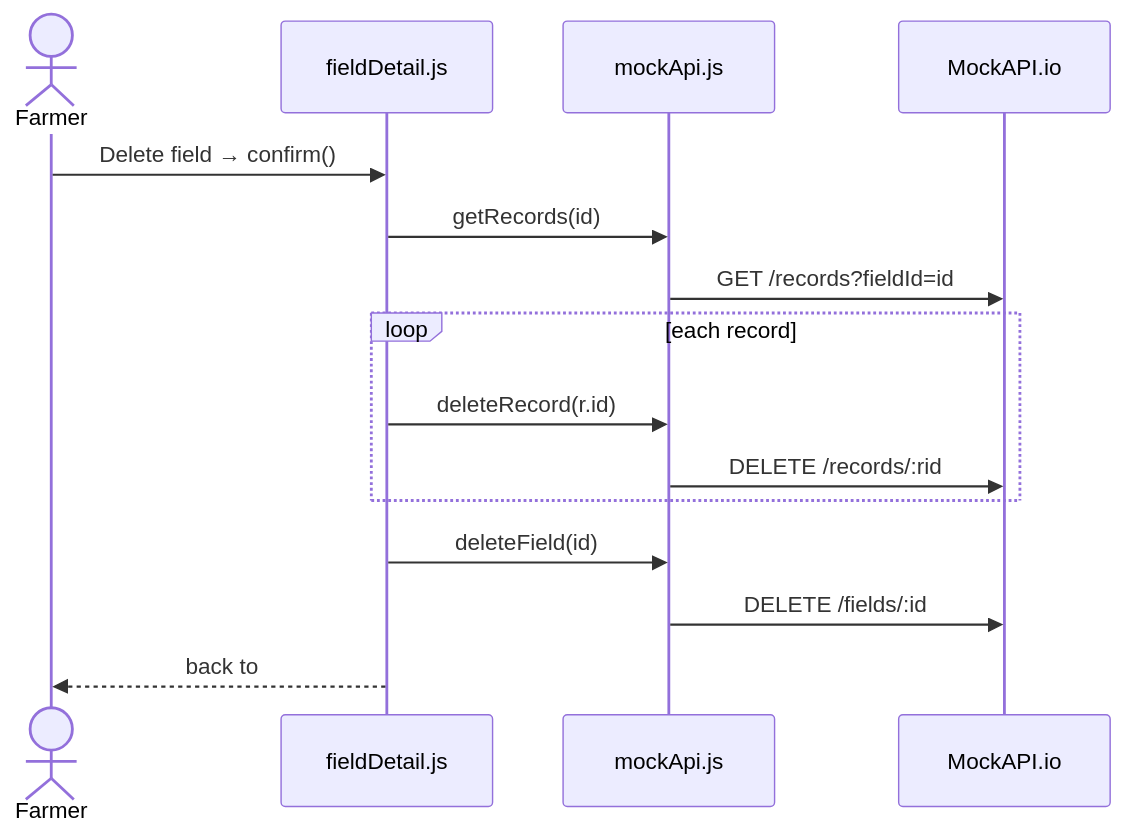
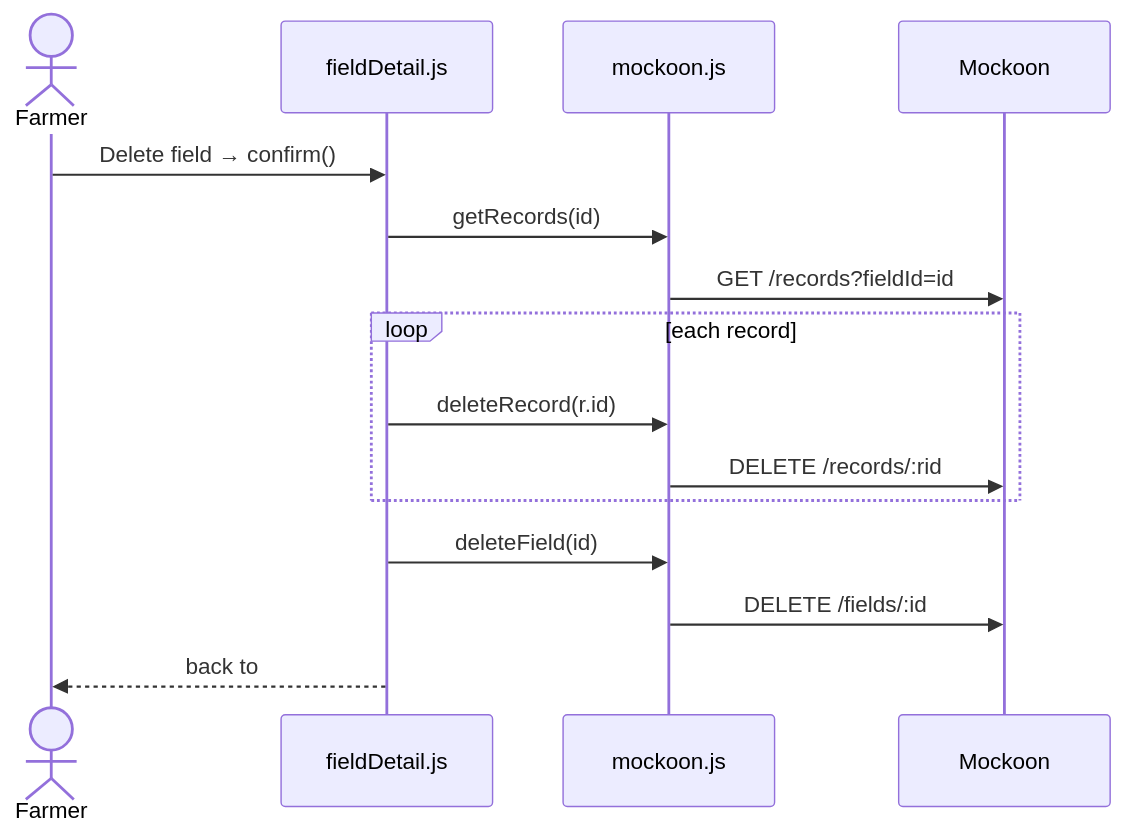
Diagram 11 of 13 in ARCHITECTURE.md (ViiUnknown/aquaplan), drawn with Mermaid before and after one commit. The commit also changed other lines of this file and 35 other files, not shown here.

````diff
--- a/ARCHITECTURE.md
+++ b/ARCHITECTURE.md
@@ -409,17 +417,17 @@
 ```mermaid
 sequenceDiagram
     actor U as Farmer
     participant V as fieldDetail.js
-    participant MA as mockApi.js
-    participant M as MockAPI.io
+    participant MA as mockoon.js
+    participant M as Mockoon
     U->>V: Delete field → confirm()
     V->>MA: getRecords(id)
     MA->>M: GET /records?fieldId=id
     loop each record
         V->>MA: deleteRecord(r.id)
         MA->>M: DELETE /records/:rid
     end
     V->>MA: deleteField(id)
     MA->>M: DELETE /fields/:id
     V-->>U: back to #/dashboard
 ```
````
